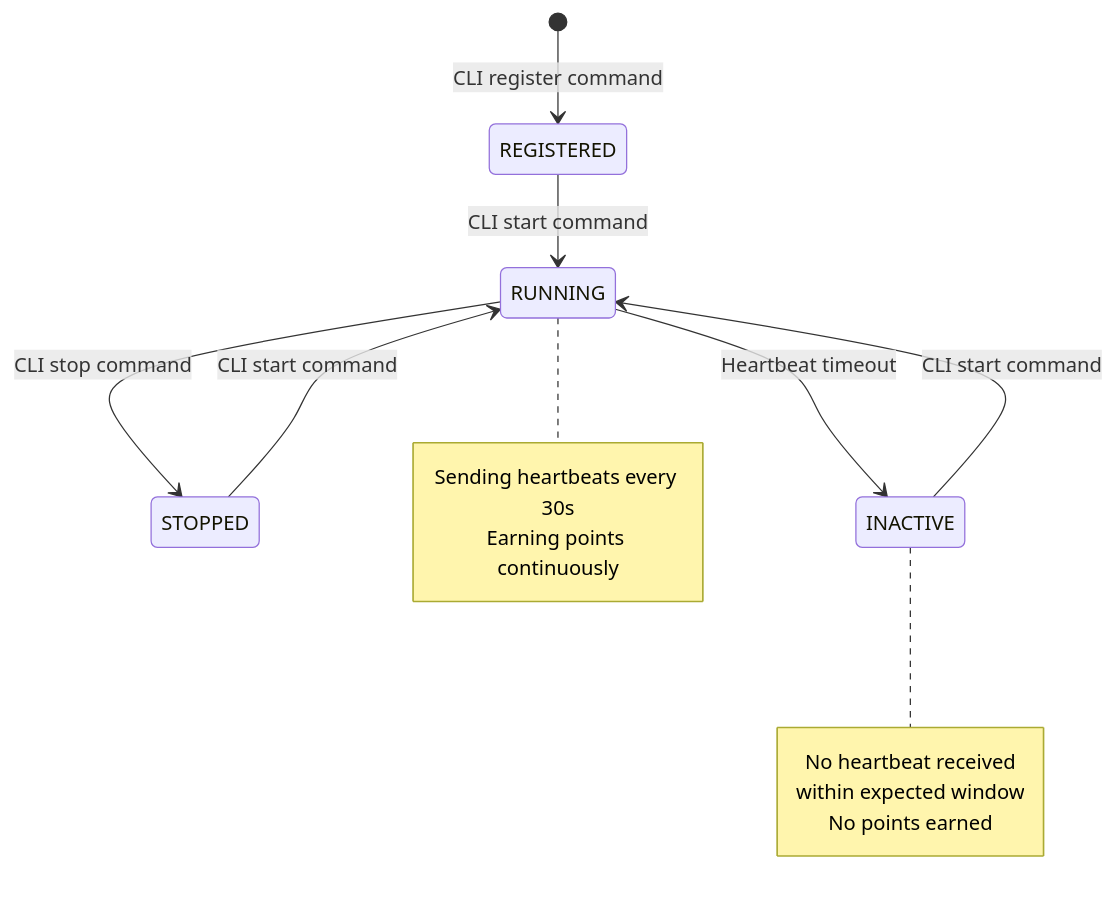
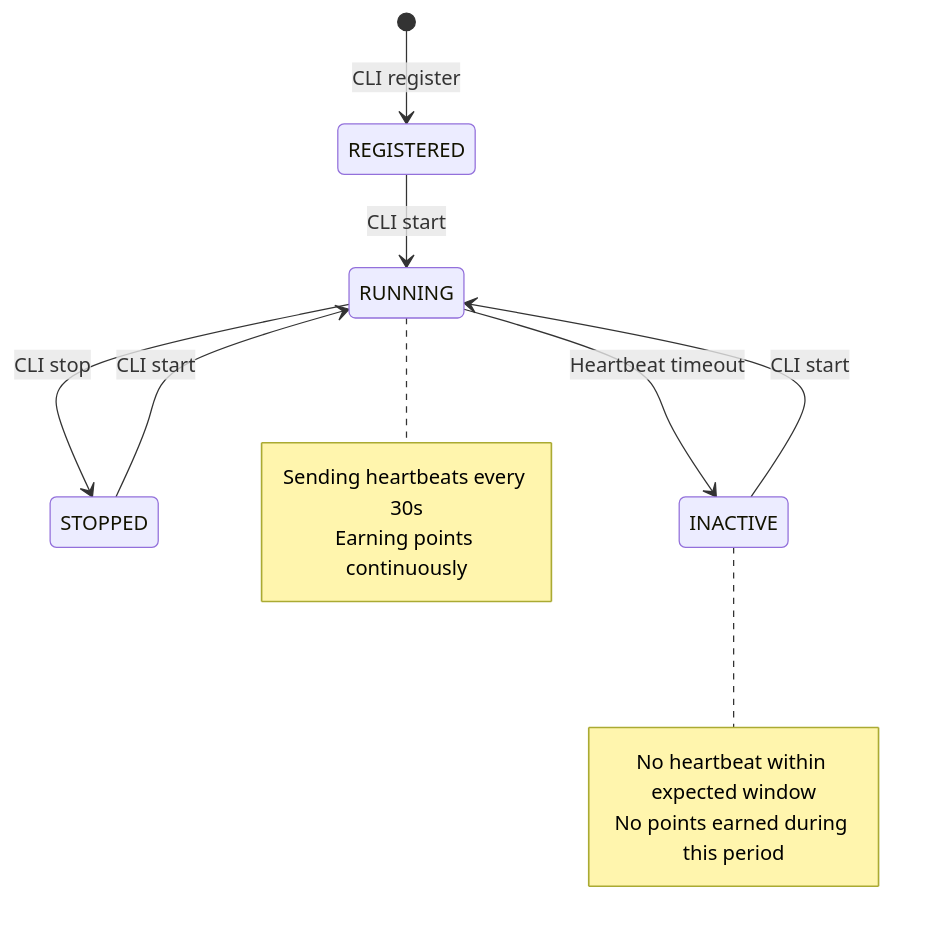
One commit to Nexora-Node/Docs changed the fourth of 4 diagrams in node-behavior.md. Above: the diagram before and after it, drawn with Mermaid. The commit also changed other lines of this file and 5 other files, not shown here.

Commit message:
docs: fix diagram bugs, unify color palette, remove bidirectional arrows

````diff
--- a/node-behavior.md
+++ b/node-behavior.md
@@ -85,20 +93,19 @@
 ```mermaid
 stateDiagram-v2
-    [*] --> REGISTERED : CLI register command
-    REGISTERED --> RUNNING : CLI start command
-    RUNNING --> STOPPED : CLI stop command
+    [*] --> REGISTERED : CLI register
+    REGISTERED --> RUNNING : CLI start
+    RUNNING --> STOPPED : CLI stop
     RUNNING --> INACTIVE : Heartbeat timeout
-    STOPPED --> RUNNING : CLI start command
-    INACTIVE --> RUNNING : CLI start command
+    STOPPED --> RUNNING : CLI start
+    INACTIVE --> RUNNING : CLI start
 
     note right of RUNNING
         Sending heartbeats every 30s
         Earning points continuously
     end note
 
     note right of INACTIVE
-        No heartbeat received
-        within expected window
-        No points earned
+        No heartbeat within expected window
+        No points earned during this period
     end note
 ```
````
